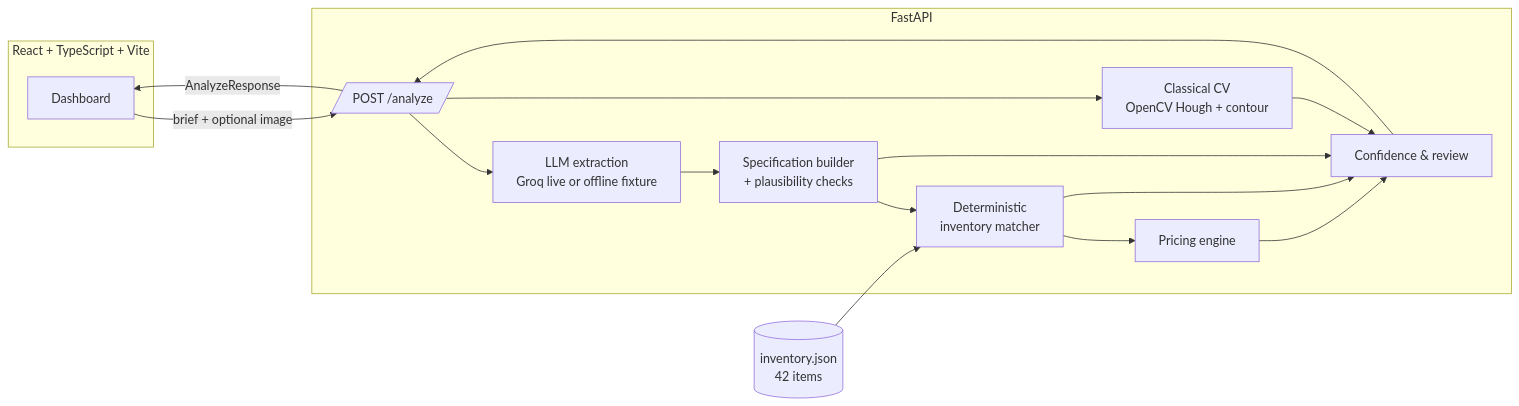
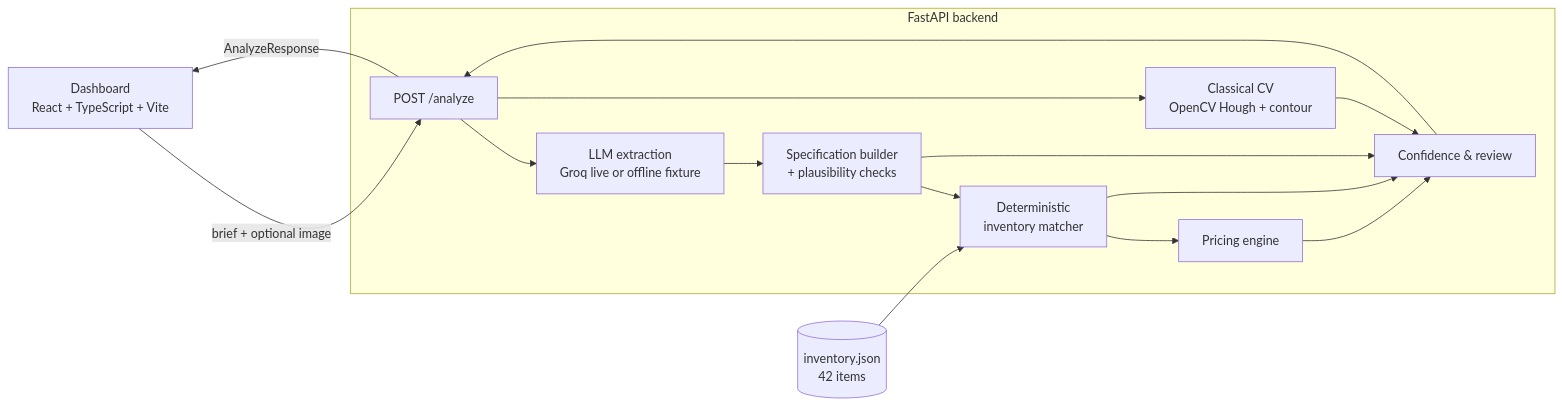
The diagram in README.md (Arshath015/SpecVision-AI), drawn with Mermaid before and after one commit. The commit also changed 3 other files, not shown here.

Commit message:
Audit fixes: repair broken Mermaid diagram syntax in README, correct stale case-ID citation in EVALUATION.md to match committed live-run evidence

````diff
--- a/README.md
+++ b/README.md
@@ -19,31 +19,29 @@
 ```mermaid
 flowchart LR
-    subgraph Frontend [React + TypeScript + Vite]
-        UI[Dashboard]
+    UI["Dashboard<br/>React + TypeScript + Vite"]
+
+    subgraph Backend["FastAPI backend"]
+        API["POST /analyze"]
+        Extract["LLM extraction<br/>Groq live or offline fixture"]
+        Spec["Specification builder<br/>+ plausibility checks"]
+        CV["Classical CV<br/>OpenCV Hough + contour"]
+        Match["Deterministic<br/>inventory matcher"]
+        Price["Pricing engine"]
+        Conf["Confidence &amp; review"]
     end
 
-    subgraph Backend [FastAPI]
-        API[/POST /analyze/]
-        Extract[LLM extraction\nGroq live or offline fixture]
-        Spec[Specification builder\n+ plausibility checks]
-        CV[Classical CV\nOpenCV Hough + contour]
-        Match[Deterministic\ninventory matcher]
-        Price[Pricing engine]
-        Conf[Confidence & review]
-    end
+    Inv[("inventory.json<br/>42 items")]
 
-    Inv[(inventory.json\n42 items)]
-
-    UI -- brief + optional image --> API
+    UI -->|"brief + optional image"| API
     API --> Extract --> Spec
     API --> CV
     Spec --> Match
     Inv --> Match
     Match --> Price
     Spec --> Conf
     CV --> Conf
     Match --> Conf
     Price --> Conf
     Conf --> API
-    API -- AnalyzeResponse --> UI
+    API -->|"AnalyzeResponse"| UI
 ```
````
